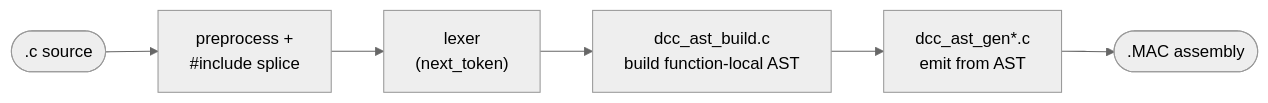
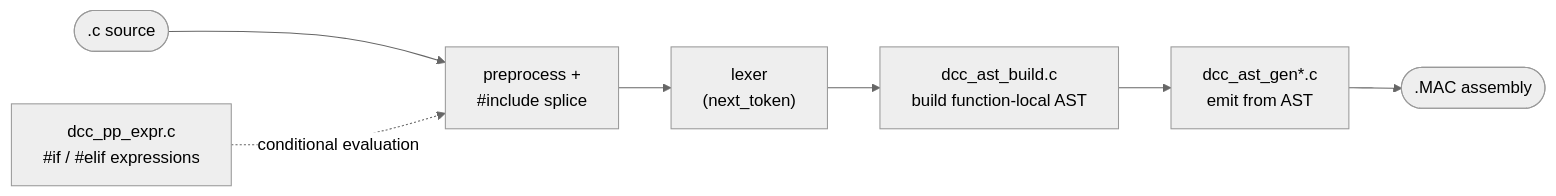
The second of 5 diagrams in docs/docs/en/appendix/00-architecture.md (davidly/dcc), drawn with Mermaid (neutral theme) before and after one commit. The commit also changed other lines of this file and 1 other file, not shown here.

First line of the commit message:
docs: update compiler architecture and project workflow

````diff
--- a/docs/docs/en/appendix/00-architecture.md
+++ b/docs/docs/en/appendix/00-architecture.md
@@ -59,8 +59,9 @@
 ```mermaid
 flowchart LR
     SRC([".c source"]) --> PP["preprocess +<br/>#include splice"]
+    PPX["dcc_pp_expr.c<br/>#if / #elif expressions"] -. conditional evaluation .-> PP
     PP --> LEX["lexer<br/>(next_token)"]
     LEX --> BUILD["dcc_ast_build.c<br/>build function-local AST"]
     BUILD --> GEN["dcc_ast_gen*.c<br/>emit from AST"]
     GEN --> ASM([".MAC assembly"])
 ```
````
